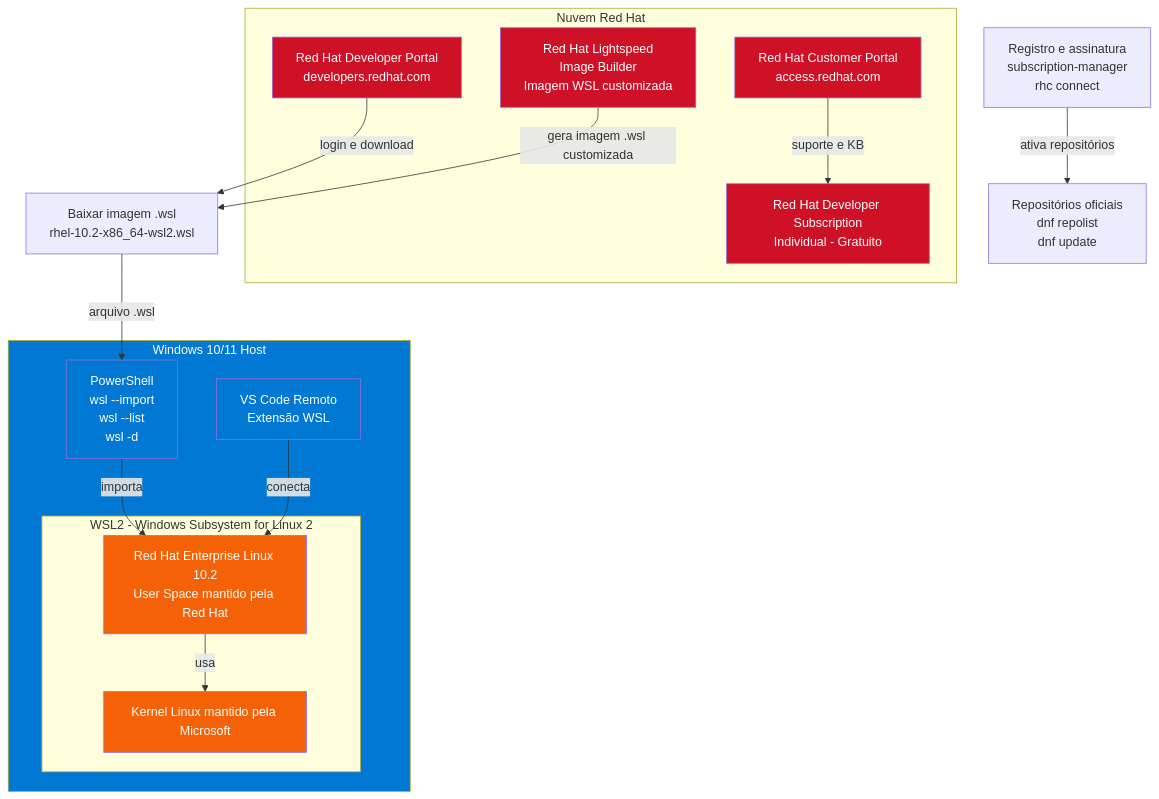
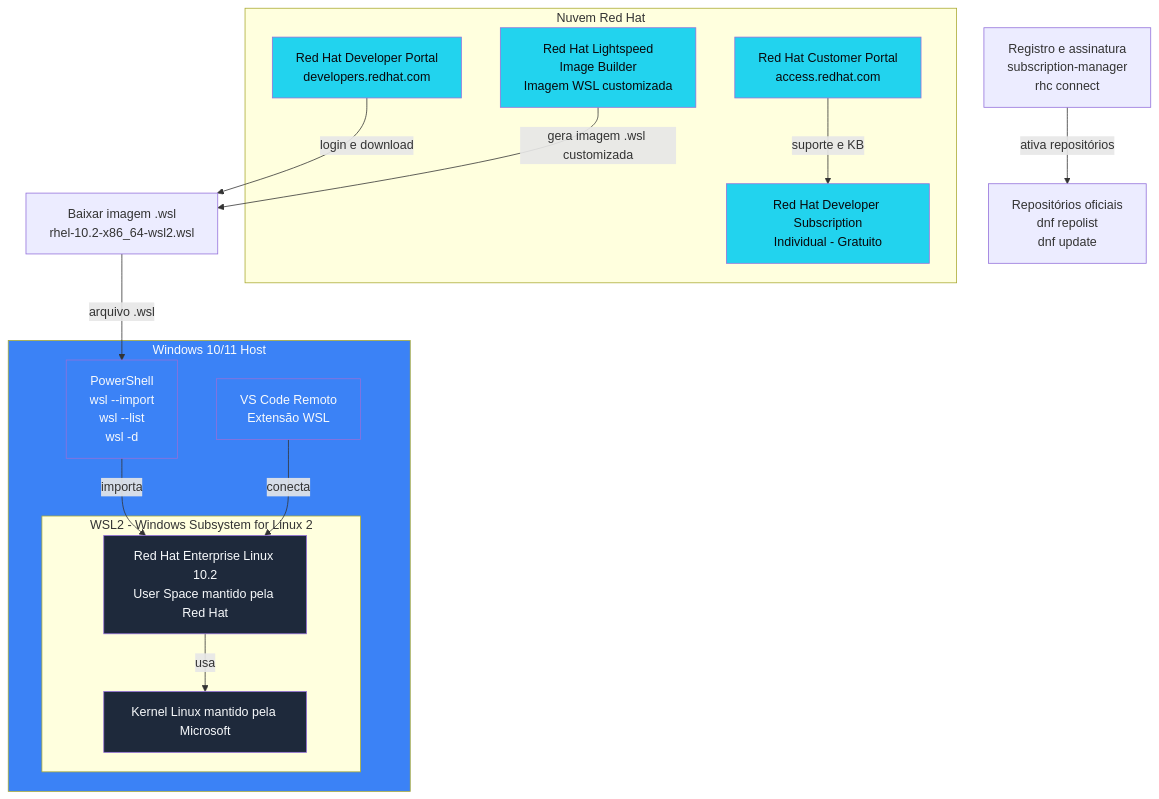
Before and after one commit to AlexRabelo/lab-redhat-wsl2: the diagram in lab-rhel-wsl2-tutorial.md, drawn with Mermaid. The commit also changed other lines of this file, not shown here.

Commit message:
feat(diagram): atualiza Mermaid para tema escuro da paleta de design
- Adiciona diretiva %%{init: theme dark}%% com cores da paleta
- Ajusta classDef windows/redhat/linux para cores do padrao visual

````diff
--- a/lab-rhel-wsl2-tutorial.md
+++ b/lab-rhel-wsl2-tutorial.md
@@ -34,38 +35,38 @@
 ```mermaid
 graph TD
     subgraph Windows_Host [Windows 10/11 Host]
         subgraph WSL2 [WSL2 - Windows Subsystem for Linux 2]
             Kernel[Kernel Linux mantido pela Microsoft]
             RHEL[Red Hat Enterprise Linux 10.2<br/>User Space mantido pela Red Hat]
             RHEL -->|usa| Kernel
         end
         PowerShell[PowerShell<br/>wsl --import<br/>wsl --list<br/>wsl -d]
         VSCode[VS Code Remoto<br/>Extensão WSL]
         PowerShell -->|importa| RHEL
         VSCode -->|conecta| RHEL
     end
 
     subgraph Cloud [Nuvem Red Hat]
         DevPortal[Red Hat Developer Portal<br/>developers.redhat.com]
         Subscription[Red Hat Developer Subscription<br/>Individual - Gratuito]
         ImageBuilder[Red Hat Lightspeed<br/>Image Builder<br/>Imagem WSL customizada]
         Portal[Red Hat Customer Portal<br/>access.redhat.com]
     end
 
     Download[Baixar imagem .wsl<br/>rhel-10.2-x86_64-wsl2.wsl]
     Register[Registro e assinatura<br/>subscription-manager<br/>rhc connect]
     DNF[Repositórios oficiais<br/>dnf repolist<br/>dnf update]
 
     DevPortal -->|login e download| Download
     Download -->|arquivo .wsl| PowerShell
     Register -->|ativa repositórios| DNF
     ImageBuilder -->|gera imagem .wsl customizada| Download
     Portal -->|suporte e KB| Subscription
 
-    classDef windows fill:#0078d4,color:#fff;
-    classDef redhat fill:#ce1126,color:#fff;
-    classDef linux fill:#f56106,color:#fff;
+    classDef windows fill:#3b82f6,color:#f8fafc;
+    classDef redhat fill:#22d3ee,color:#08090c;
+    classDef linux fill:#1e293b,color:#f8fafc;
     class Windows_Host,PowerShell,VSCode windows;
     class DevPortal,Subscription,ImageBuilder,Portal redhat;
     class RHEL,Kernel linux;
 ```
````
